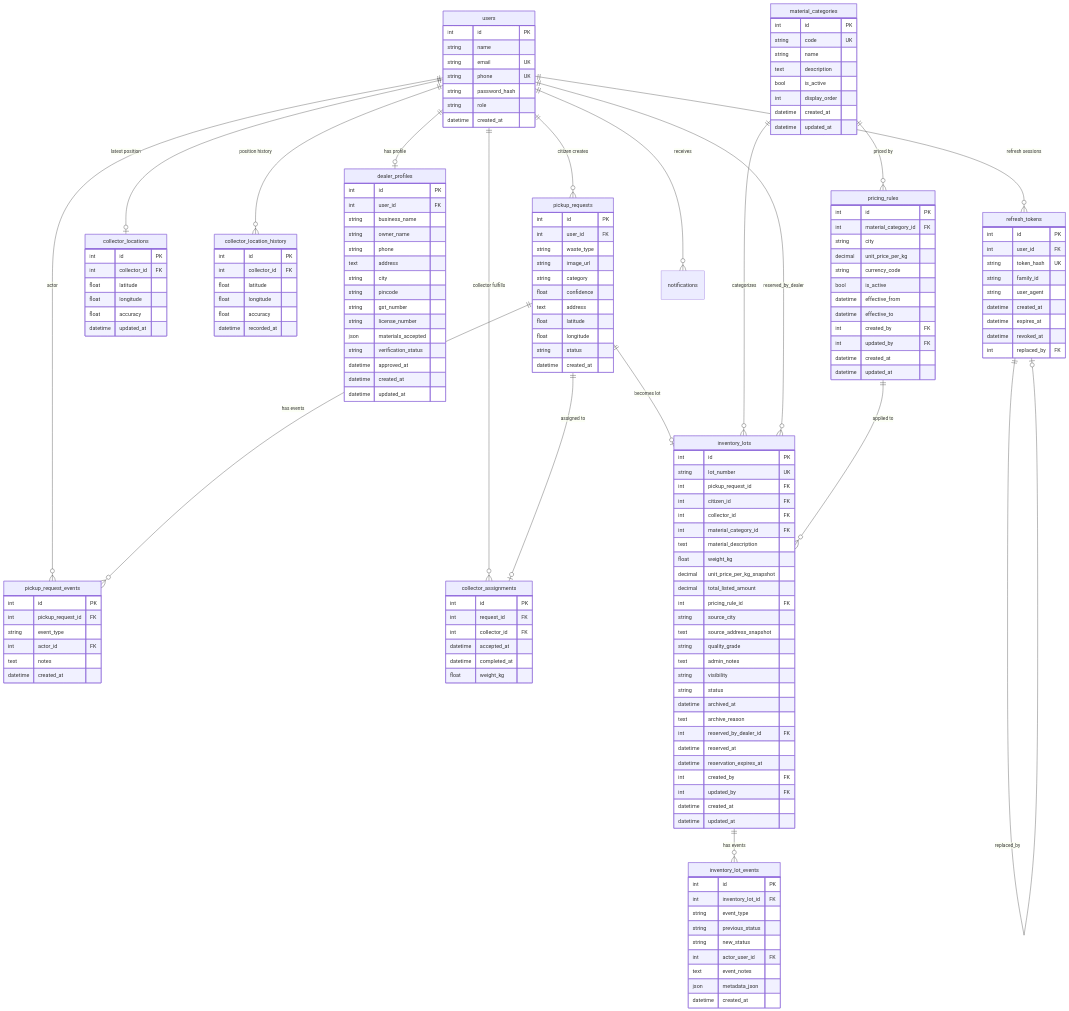
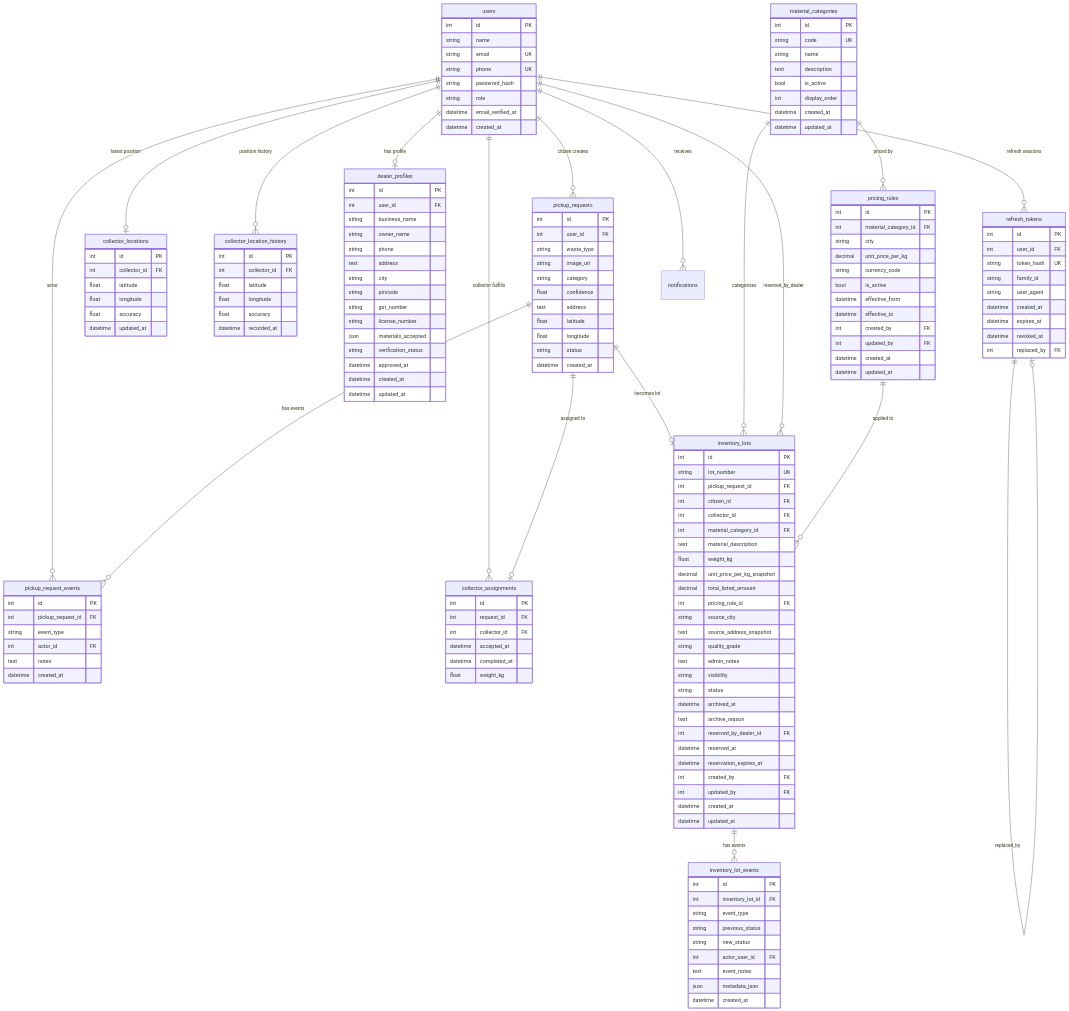
The diagram in docs/DATABASE_SCHEMA.md (Subhajitdas99/waste-iq), drawn with Mermaid before and after one commit. The commit also changed other lines of this file and 30 other files, not shown here.

```diff
--- a/docs/DATABASE_SCHEMA.md
+++ b/docs/DATABASE_SCHEMA.md
@@ -41,6 +41,7 @@
         string phone UK
         string password_hash
         string role
+        datetime email_verified_at
         datetime created_at
     }
 
```
